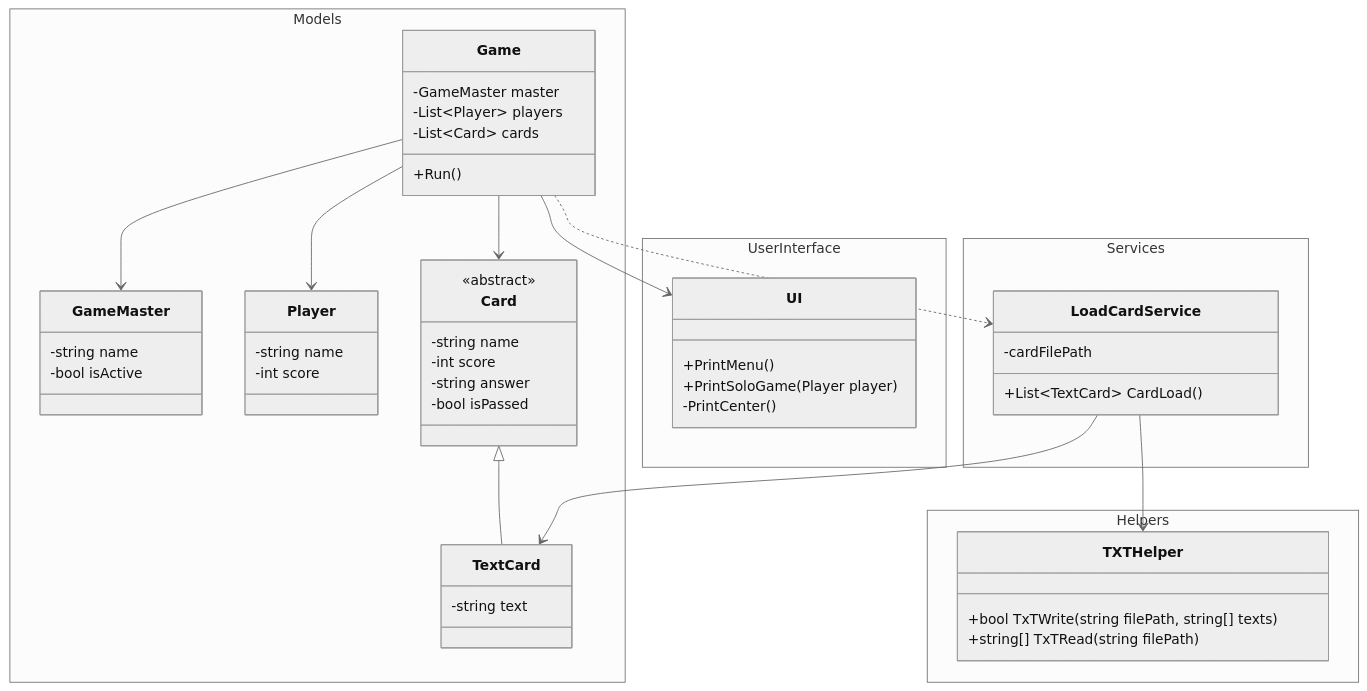
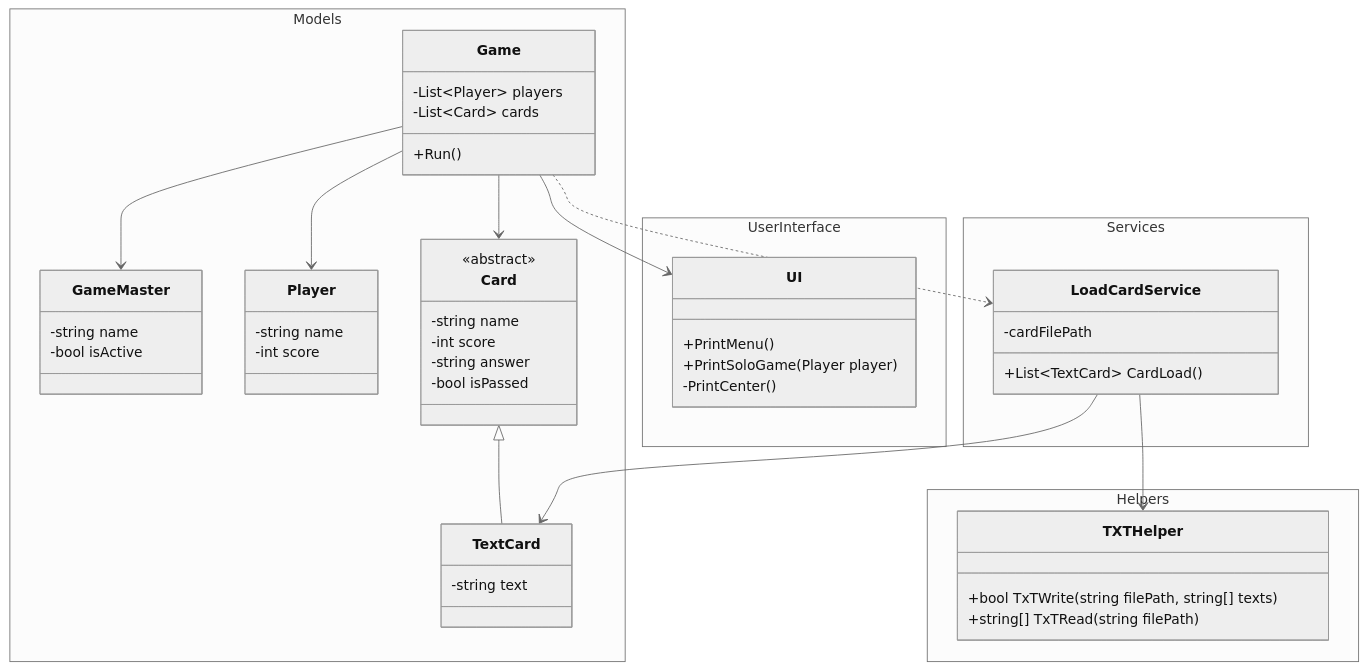
One commit to Frontasts/QuizGame changed the first of 2 diagrams in README.md. Above: the diagram before and after it, drawn with Mermaid (neutral theme).

````diff
--- a/README.md
+++ b/README.md
@@ -45,56 +45,55 @@
 ```mermaid
 classDiagram
     namespace Models {
         class Game {
-            -GameMaster master
             -List~Player~ players
             -List~Card~ cards
             +Run()
         }
         class GameMaster {
             -string name
             -bool isActive
         }
         class Player {
             -string name
             -int score
         }
         class Card {
             <<abstract>>
             -string name
             -int score
             -string answer
             -bool isPassed
         }
         class TextCard {
             -string text
         }
     }
     namespace UserInterface {
         class UI {
             +PrintMenu()
             +PrintSoloGame(Player player)
             -PrintCenter()
         }
     }
     namespace Services {
         class LoadCardService {
 	        -cardFilePath
             +List~TextCard~ CardLoad()
         }
     }
     namespace Helpers{
 	    class TXTHelper{
 		    +bool TxTWrite(string filePath, string[] texts)
 		    +string[] TxTRead(string filePath)
 	    }
     }
     Game --> GameMaster
     Game --> Player
     Game --> Card
     Game --> UI
     Card <|-- TextCard
     Game ..> LoadCardService
     LoadCardService --> TextCard
     LoadCardService --> TXTHelper
 ```
````
